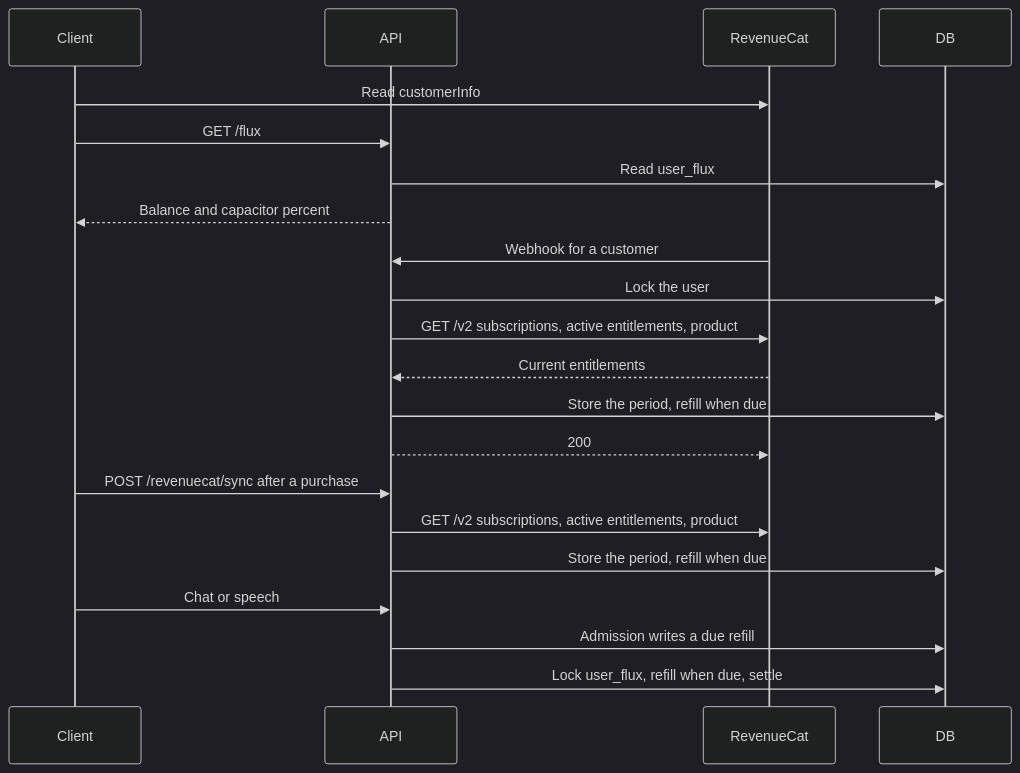
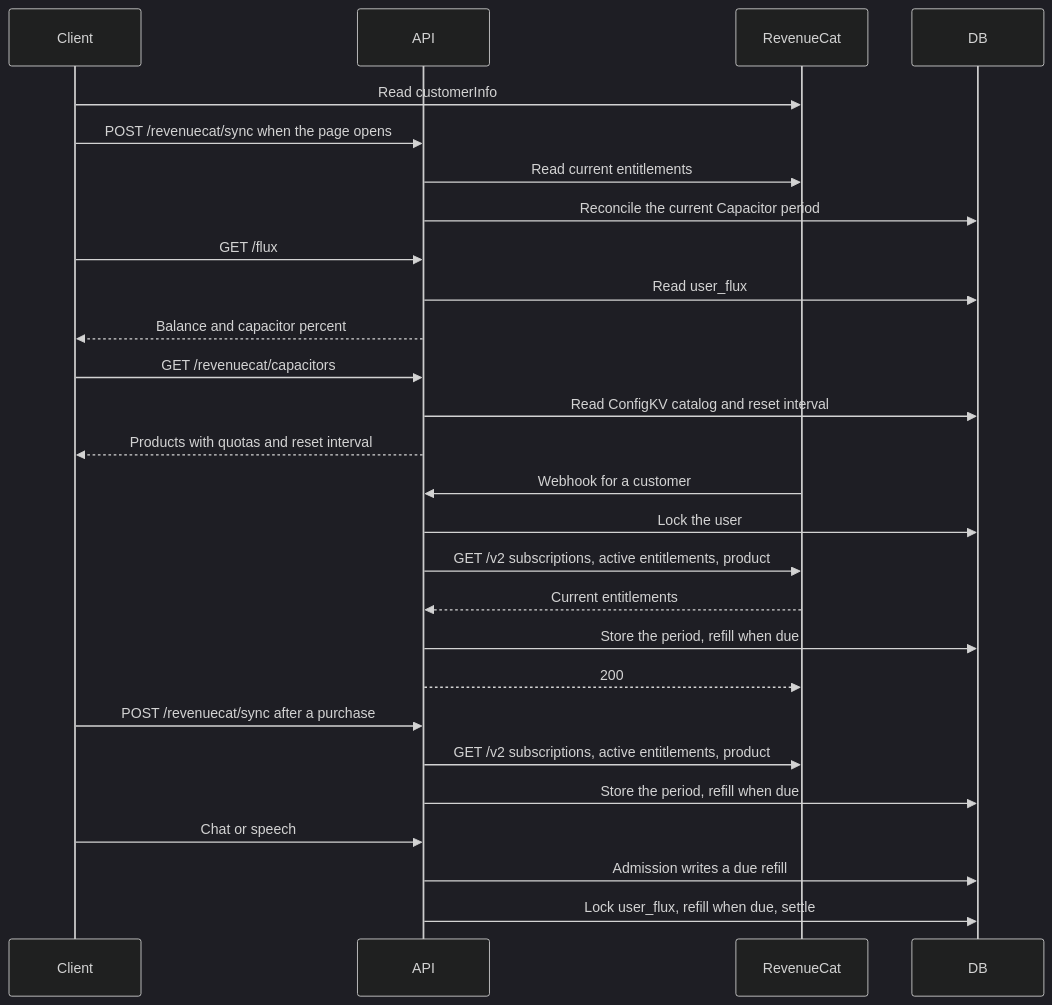
One commit to moeru-ai/airi changed the second of 2 diagrams in server/docs/ai/adr/2026-10-04-subscription-credits.md. Above: the diagram before and after it, drawn with Mermaid (dark theme). The commit also changed other lines of this file and 12 other files, not shown here.

````diff
--- a/server/docs/ai/adr/2026-10-04-subscription-credits.md
+++ b/server/docs/ai/adr/2026-10-04-subscription-credits.md
@@ -202,23 +205,29 @@
 ```mermaid
 sequenceDiagram
   participant Client
   participant API
   participant RC as RevenueCat
   participant DB
   Client->>RC: Read customerInfo
+  Client->>API: POST /revenuecat/sync when the page opens
+  API->>RC: Read current entitlements
+  API->>DB: Reconcile the current Capacitor period
   Client->>API: GET /flux
   API->>DB: Read user_flux
   API-->>Client: Balance and capacitor percent
+  Client->>API: GET /revenuecat/capacitors
+  API->>DB: Read ConfigKV catalog and reset interval
+  API-->>Client: Products with quotas and reset interval
   RC->>API: Webhook for a customer
   API->>DB: Lock the user
   API->>RC: GET /v2 subscriptions, active entitlements, product
   RC-->>API: Current entitlements
   API->>DB: Store the period, refill when due
   API-->>RC: 200
   Client->>API: POST /revenuecat/sync after a purchase
   API->>RC: GET /v2 subscriptions, active entitlements, product
   API->>DB: Store the period, refill when due
   Client->>API: Chat or speech
   API->>DB: Admission writes a due refill
   API->>DB: Lock user_flux, refill when due, settle
 ```
````
